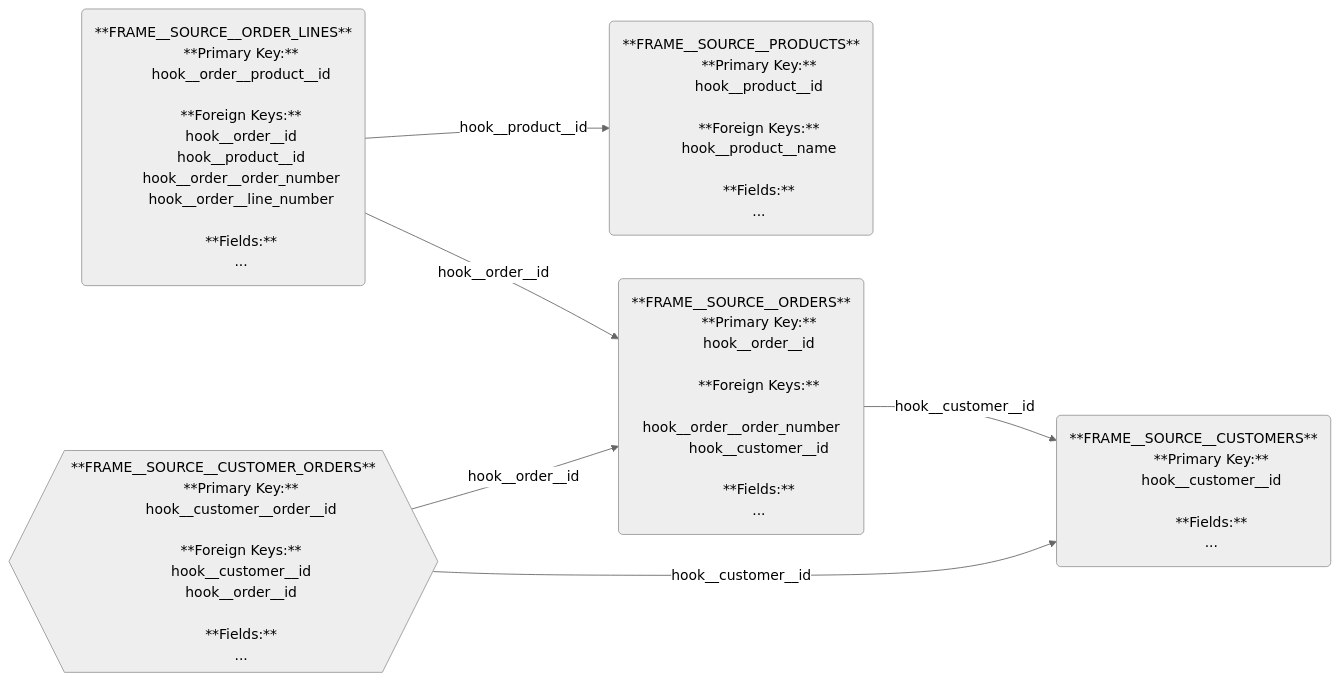
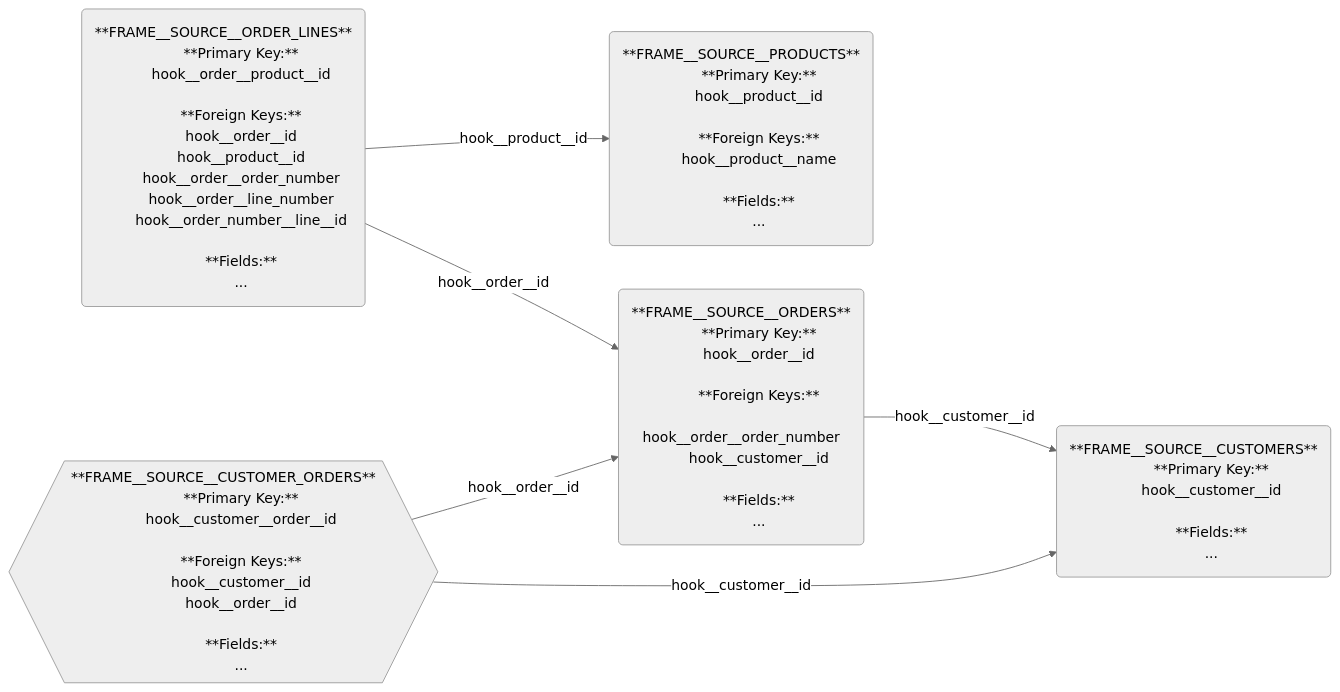
One commit to mattiasthalen/hook-forge changed the first of 2 diagrams in test/fixtures/documentation.md. Above: the diagram before and after it, drawn with Mermaid (neutral theme).

Commit message:
Update journal fixture so it includes foreign composite hook

````diff
--- a/test/fixtures/documentation.md
+++ b/test/fixtures/documentation.md
@@ -4,74 +4,75 @@
 ```mermaid
 flowchart LR
     %% Entities
     frame__source__products("
         **FRAME__SOURCE__PRODUCTS**
         **Primary Key:**
         hook__product__id
         &nbsp;
         **Foreign Keys:**
         hook__product__name
         &nbsp;
         **Fields:**
         ...
     ")
 
     frame__source__customers("
         **FRAME__SOURCE__CUSTOMERS**
         **Primary Key:**
         hook__customer__id
         &nbsp;
         **Fields:**
         ...
     ")
 
     frame__source__orders("
         **FRAME__SOURCE__ORDERS**
         **Primary Key:**
         hook__order__id
         &nbsp;
         **Foreign Keys:**
         hook__order__order_number
         hook__customer__id
         &nbsp;
         **Fields:**
         ...
     ")
 
     frame__source__order_lines("
         **FRAME__SOURCE__ORDER_LINES**
         **Primary Key:**
         hook__order__product__id
         &nbsp;
         **Foreign Keys:**
         hook__order__id
         hook__product__id
         hook__order__order_number
         hook__order__line_number
+        hook__order_number__line__id
         &nbsp;
         **Fields:**
         ...
     ")
 
     frame__source__customer_orders{{"
         **FRAME__SOURCE__CUSTOMER_ORDERS**
         **Primary Key:**
         hook__customer__order__id
         &nbsp;
         **Foreign Keys:**
         hook__customer__id
         hook__order__id
         &nbsp;
         **Fields:**
         ...
     "}}
 
     %% Relations
     frame__source__orders -- hook__customer__id --> frame__source__customers
 
     frame__source__order_lines -- hook__order__id --> frame__source__orders
     frame__source__order_lines -- hook__product__id --> frame__source__products
 
     frame__source__customer_orders -- hook__customer__id --> frame__source__customers
     frame__source__customer_orders -- hook__order__id --> frame__source__orders
 ```
````
